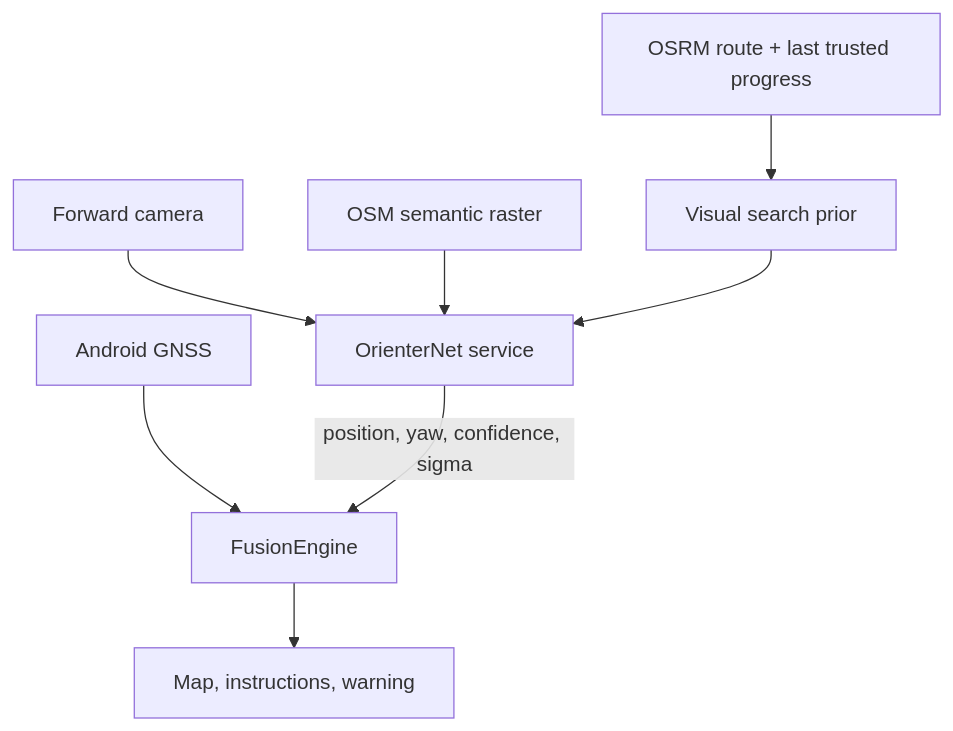
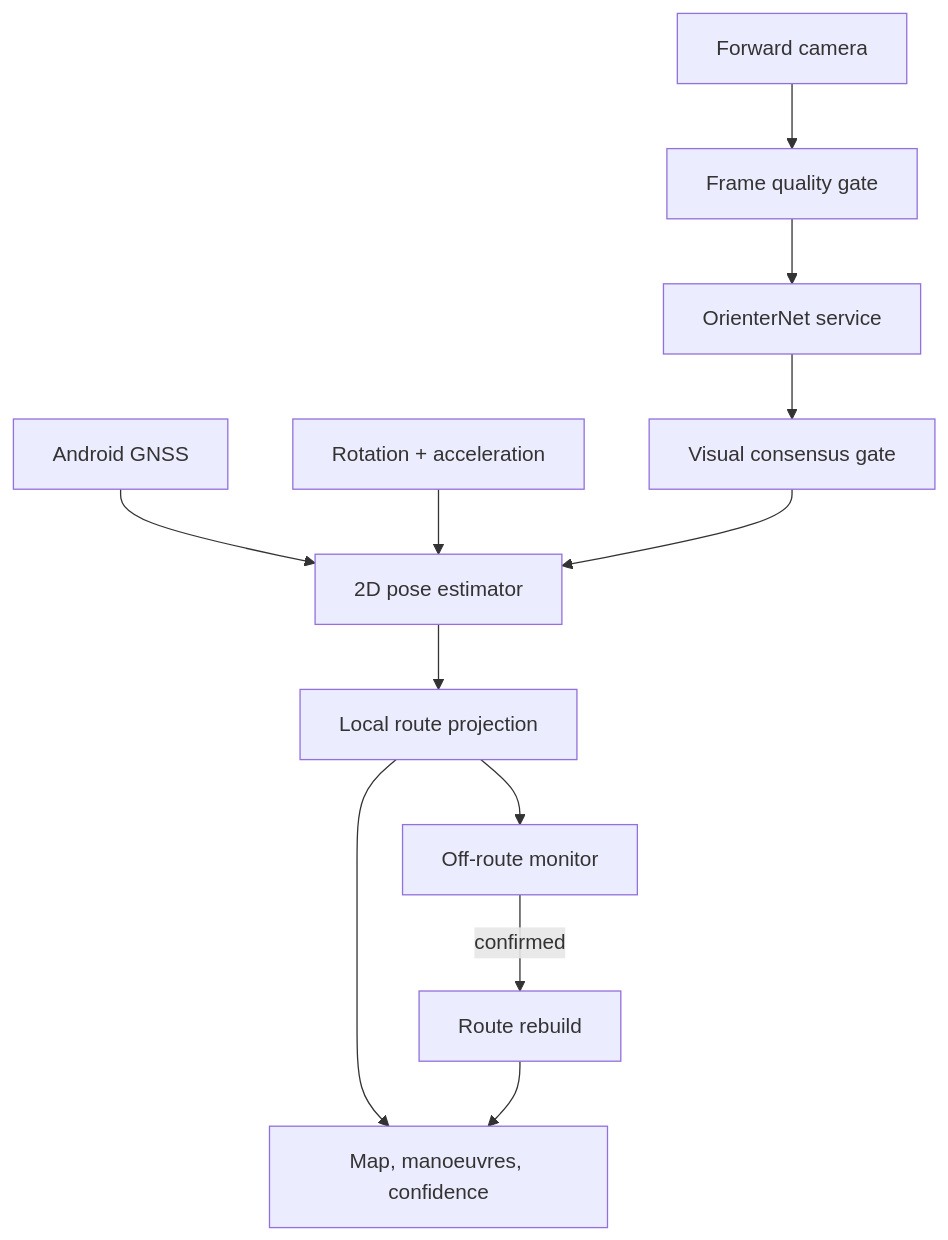
One commit to Mika-dot/OrienterNav changed the diagram in docs/ARCHITECTURE.md. Above: the diagram before and after it, drawn with Mermaid. The commit also changed other lines of this file and 23 other files, not shown here.

````diff
--- a/docs/ARCHITECTURE.md
+++ b/docs/ARCHITECTURE.md
@@ -5,10 +5,14 @@
 ```mermaid
 flowchart TD
-    GPS[Android GNSS] --> F[FusionEngine]
-    CAM[Forward camera] --> API[OrienterNet service]
-    OSM[OSM semantic raster] --> API
-    API -->|position, yaw, confidence, sigma| F
-    ROUTE[OSRM route + last trusted progress] --> PRIOR[Visual search prior]
-    PRIOR --> API
-    F --> UI[Map, instructions, warning]
+    GPS[Android GNSS] --> POSE[2D pose estimator]
+    IMU[Rotation + acceleration] --> POSE
+    CAM[Forward camera] --> Q[Frame quality gate]
+    Q --> API[OrienterNet service]
+    API --> V[Visual consensus gate]
+    V --> POSE
+    POSE --> MATCH[Local route projection]
+    MATCH --> OFF[Off-route monitor]
+    OFF -->|confirmed| OSRM[Route rebuild]
+    MATCH --> UI[Map, manoeuvres, confidence]
+    OSRM --> UI
 ```
````
